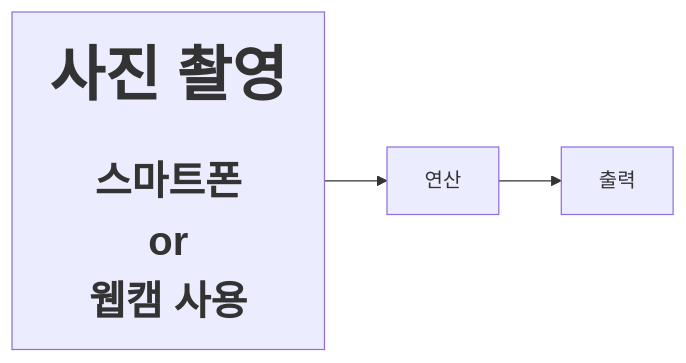
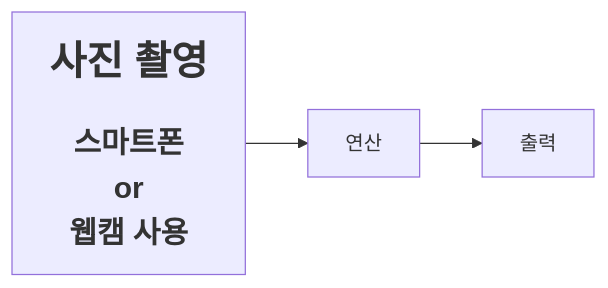
The diagram in Readme.md (201710808/-p), drawn with Mermaid before and after one commit.

````diff
--- a/Readme.md
+++ b/Readme.md
@@ -3,5 +3,5 @@
 ```mermaid
 graph LR
-A[<b><span style='font-size:48px'>사진 촬영</span></b><br><br><b><span style='font-size:32px'>스마트폰\nor\n웹캠 사용</span></b>]-->B[연산]
+A[<b><span style='font-size:32px'>사진 촬영</span></b><br><br><b><span style='font-size:24px'>스마트폰\nor\n웹캠 사용</span></b>]-->B[연산]
 B-->C[출력]
 ```
````
